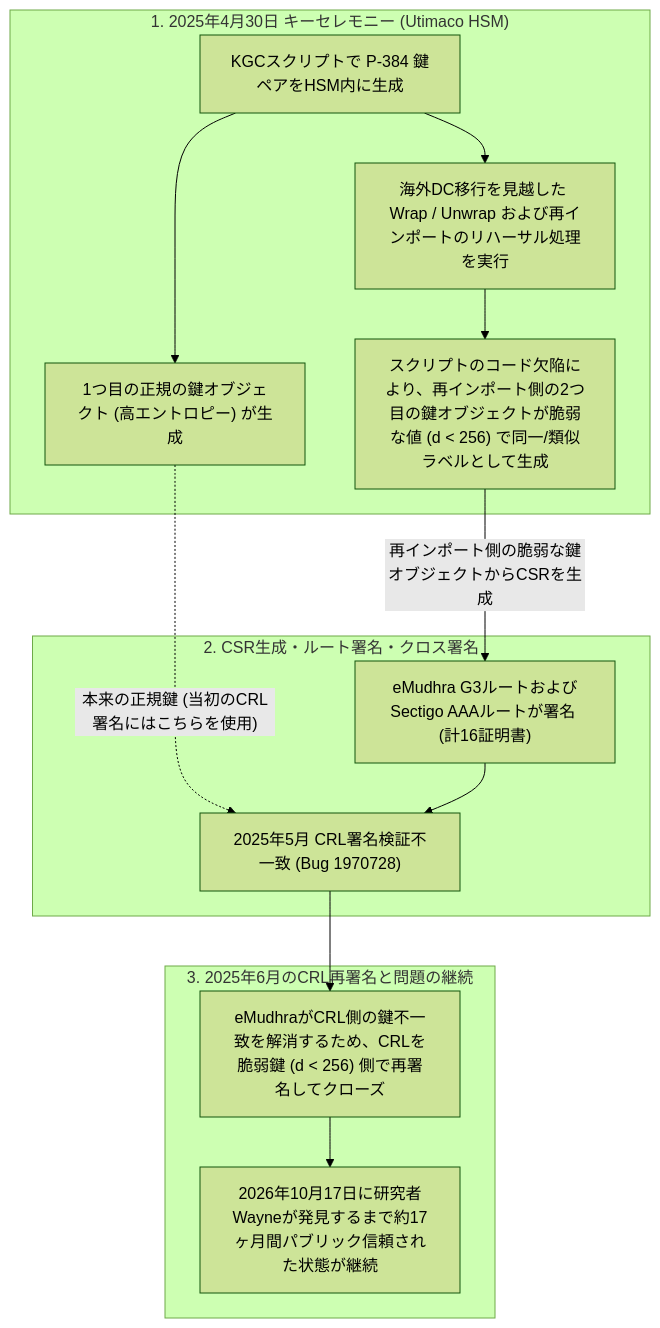
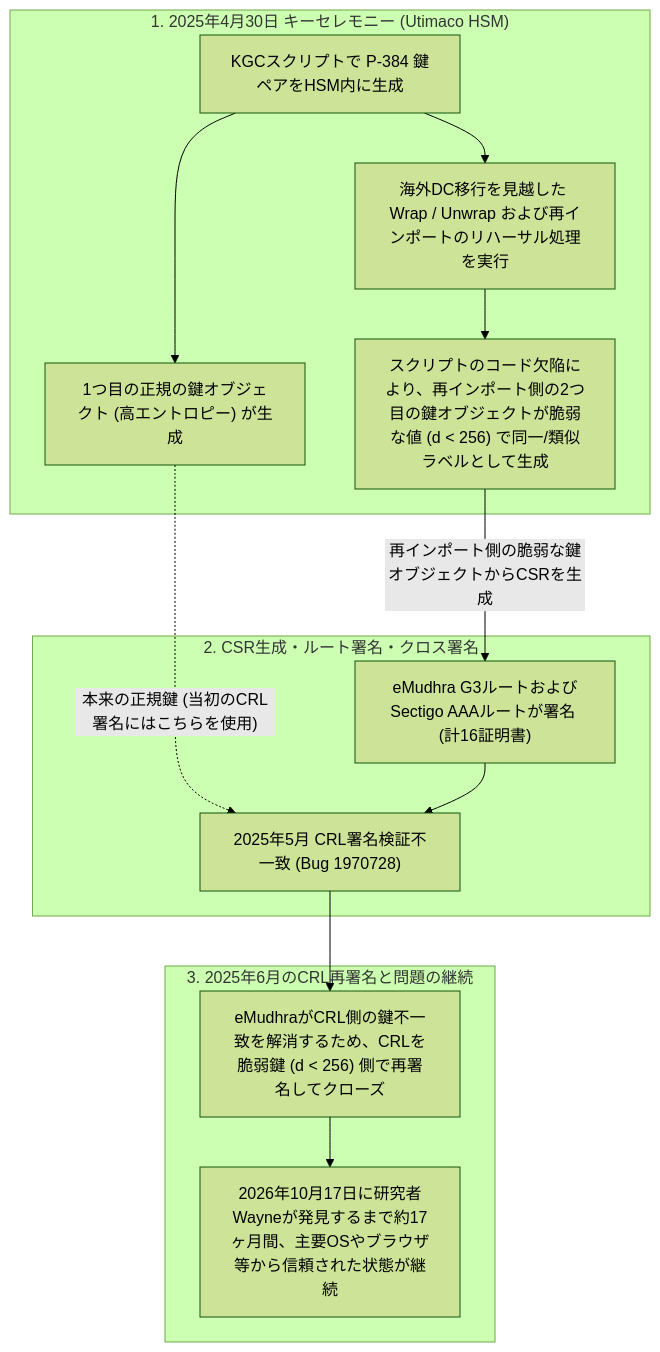
One commit to tetsurou21/zenn-content changed the first of 2 diagrams in articles/emudhra-intermediate-ca-compromise.md. Above: the diagram before and after it, drawn with Mermaid (forest theme). The commit also changed other lines of this file, not shown here.

Commit message:
style: 不自然な「パブリック信頼」表現を修正

````diff
--- a/articles/emudhra-intermediate-ca-compromise.md
+++ b/articles/emudhra-intermediate-ca-compromise.md
@@ -249,19 +249,19 @@
 ```mermaid
 flowchart TD
     subgraph Ceremony["1. 2025年4月30日 キーセレモニー (Utimaco HSM)"]
         A["KGCスクリプトで P-384 鍵ペアをHSM内に生成"] --> B["1つ目の正規の鍵オブジェクト (高エントロピー) が生成"]
         A --> C["海外DC移行を見越した Wrap / Unwrap および再インポートのリハーサル処理を実行"]
         C --> D["スクリプトのコード欠陥により、再インポート側の2つ目の鍵オブジェクトが脆弱な値 (d < 256) で同一/類似ラベルとして生成"]
     end
 
     subgraph Signing["2. CSR生成・ルート署名・クロス署名"]
         B -. "本来の正規鍵 (当初のCRL署名にはこちらを使用)" .-> E["2025年5月 CRL署名検証不一致 (Bug 1970728)"]
         D -- "再インポート側の脆弱な鍵オブジェクトからCSRを生成" --> F["eMudhra G3ルートおよびSectigo AAAルートが署名 (計16証明書)"]
     end
 
     subgraph Misdiagnosis["3. 2025年6月のCRL再署名と問題の継続"]
         F --> E
         E --> G["eMudhraがCRL側の鍵不一致を解消するため、CRLを脆弱鍵 (d < 256) 側で再署名してクローズ"]
-        G --> H["2026年10月17日に研究者Wayneが発見するまで約17ヶ月間パブリック信頼された状態が継続"]
+        G --> H["2026年10月17日に研究者Wayneが発見するまで約17ヶ月間、主要OSやブラウザ等から信頼された状態が継続"]
     end
 ```
````
